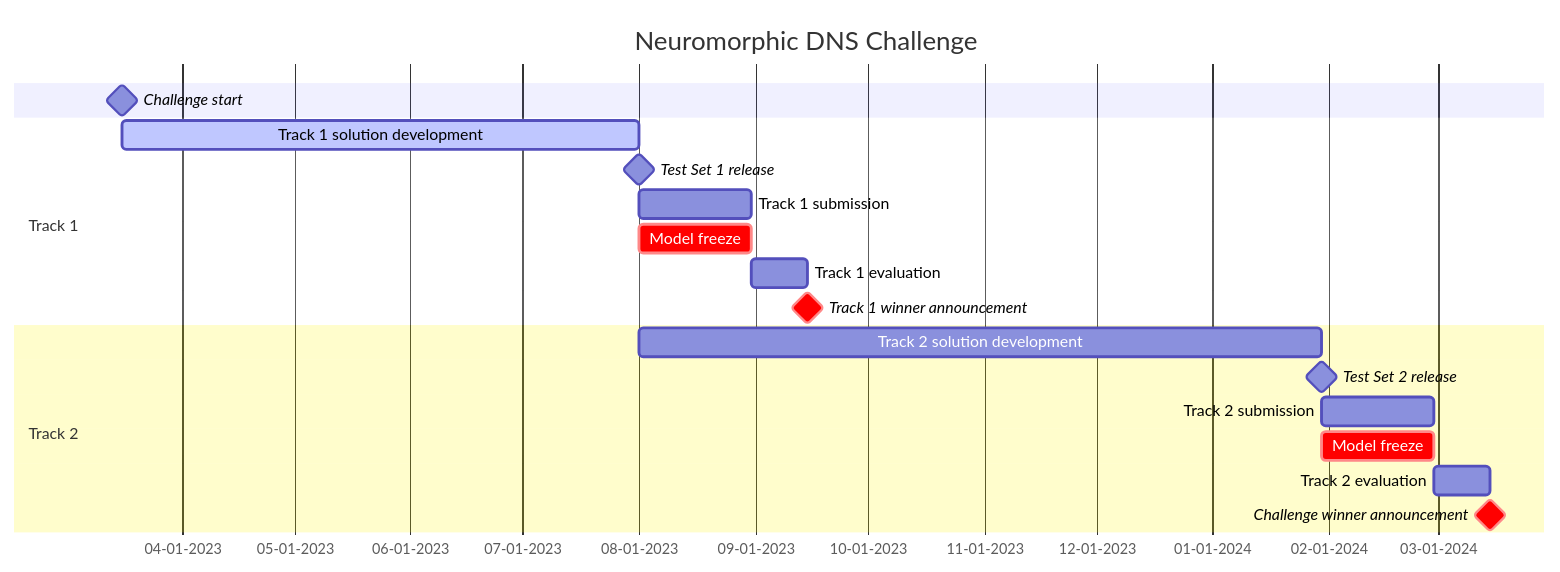
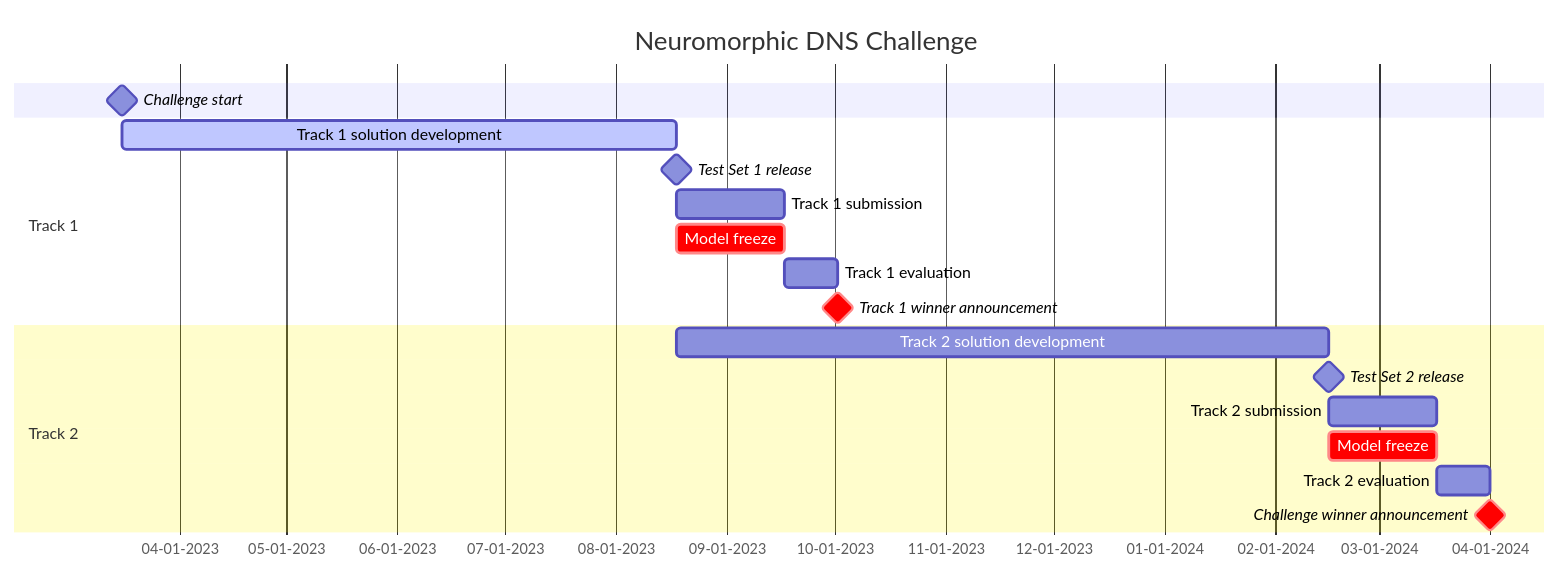
Before and after one commit to IntelLabs/IntelNeuromorphicDNSChallenge: the diagram in README.md, drawn with Mermaid. The commit also changed other lines of this file, not shown here.

Commit message:
Updated timeline

````diff
--- a/README.md
+++ b/README.md
@@ -31,25 +31,25 @@
 ```mermaid
 gantt
     Title Neuromorphic DNS Challenge
     dateFormat  MM-DD-YYYY
     axisFormat  %m-%d-%Y
 
     Challenge start :milestone, s0, 03-16-2023, 0d
 
     section Track 1
-    Track 1 solution development :active, t0, after s0, 138d
+    Track 1 solution development :active, t0, after s0, 155d
     Test Set 1 release           :milestone, after t0
     Track 1 submission           :t2, after t0, 30d
     Model freeze                 :crit, t2, after t0, 30d
     Track 1 evaluation           :t3, after t2, 15d
     Track 1 winner announcement  :crit, milestone, aftet t3
     
     section Track 2
     Track 2 solution development :tt0, after t0, 182d
     Test Set 2 release           :milestone, after tt0
     Track 2 submission           :tt2, after tt0, 30d
     Model freeze                 :crit, tt2, after tt0, 30d
     Track 2 evaluation           :tt3, after tt2, 15d
     Challenge winner announcement  :crit, milestone, aftet t3
 
 ```
````
